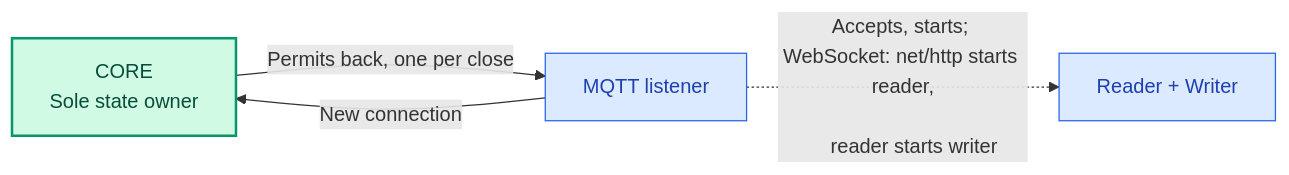
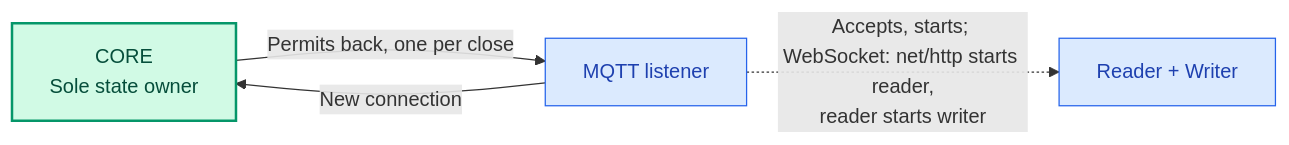
The fifth of 9 diagrams in docs/design.md (ifnesi/saguin), drawn with Mermaid before and after one commit. The commit also changed other lines of this file, not shown here.

First line of the commit message:
Design: three chart labels on one line each

````diff
--- a/docs/design.md
+++ b/docs/design.md
@@ -251,17 +249,16 @@
 ```mermaid
 flowchart LR
     core["CORE<br/>Sole state owner"]
     listener["MQTT listener"]
     conn["Reader + Writer"]
 
-    listener -. "Accepts, starts; WebSocket: net/http starts reader,<br/>
-    reader starts writer" .-> conn
+    listener -. "Accepts, starts; WebSocket: net/http starts reader,<br/>reader starts writer" .-> conn
     listener -- "New connection" --> core
     core -- "Permits back, one per close" --> listener
 
     classDef central fill:#d1fae5,stroke:#059669,color:#064e3b,stroke-width:2px
     classDef worker fill:#dbeafe,stroke:#2563eb,color:#1e40af
 
     class core central
     class listener,conn worker
 ```
````
